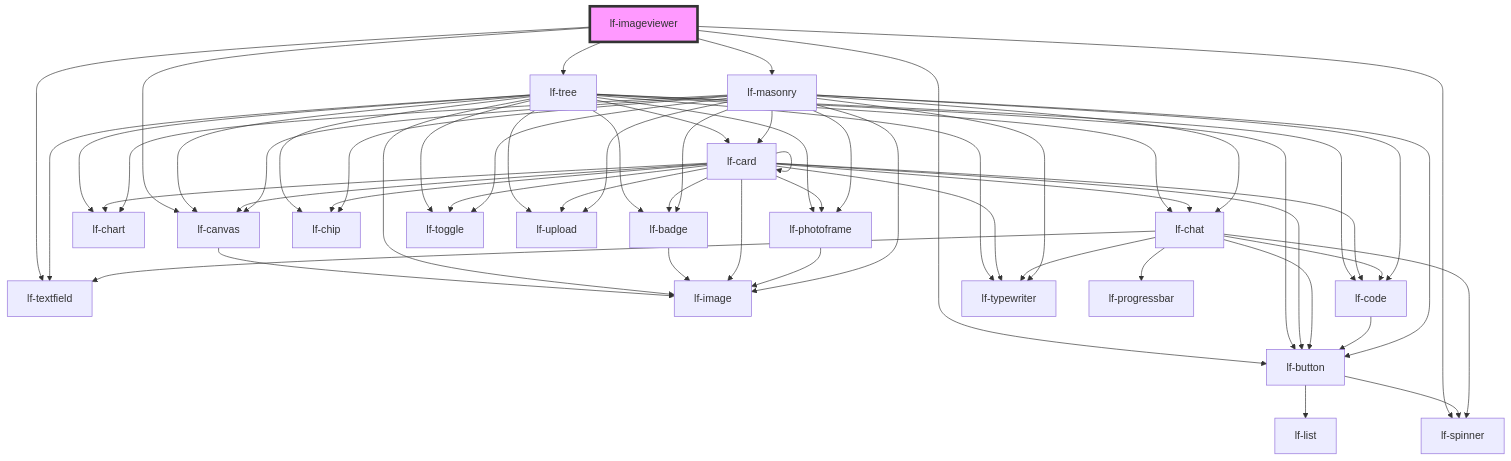
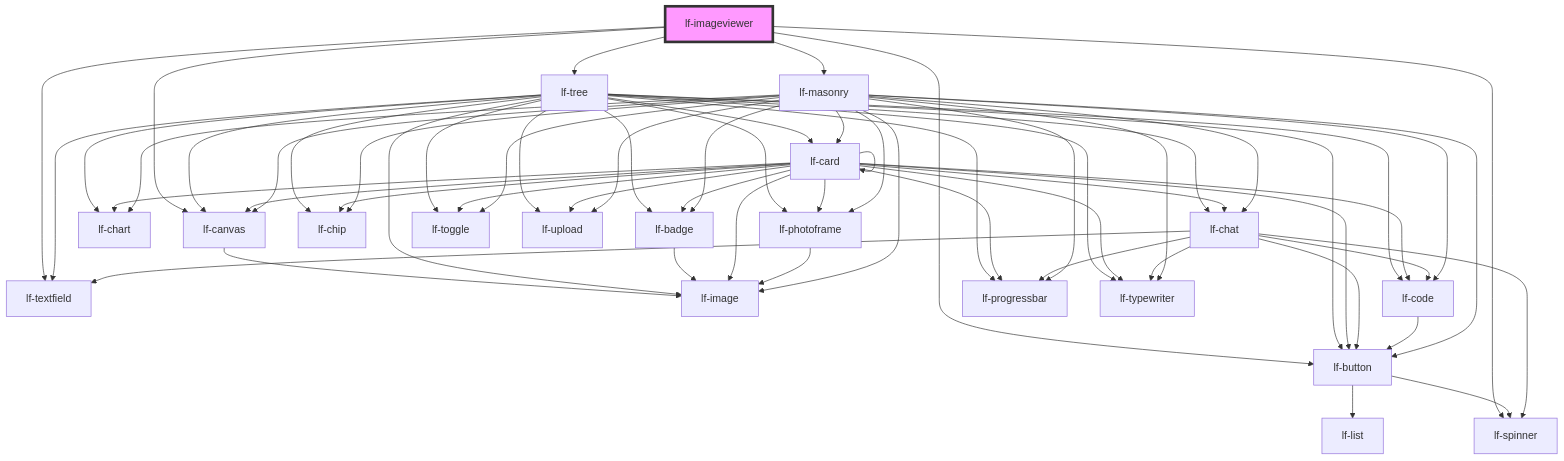
One commit to lucafoscili/lf-widgets changed the diagram in packages/core/src/components/lf-imageviewer/readme.md. Above: the diagram before and after it, drawn with Mermaid. The commit also changed 9 other files, not shown here.

````diff
--- a/packages/core/src/components/lf-imageviewer/readme.md
+++ b/packages/core/src/components/lf-imageviewer/readme.md
@@ -196,62 +196,65 @@
 ```mermaid
 graph TD;
   lf-imageviewer --> lf-canvas
   lf-imageviewer --> lf-button
   lf-imageviewer --> lf-spinner
   lf-imageviewer --> lf-tree
   lf-imageviewer --> lf-masonry
   lf-imageviewer --> lf-textfield
   lf-canvas --> lf-image
   lf-button --> lf-list
   lf-button --> lf-spinner
   lf-tree --> lf-textfield
   lf-tree --> lf-badge
   lf-tree --> lf-button
   lf-tree --> lf-canvas
   lf-tree --> lf-card
   lf-tree --> lf-chart
   lf-tree --> lf-chat
   lf-tree --> lf-chip
   lf-tree --> lf-code
   lf-tree --> lf-image
   lf-tree --> lf-photoframe
+  lf-tree --> lf-progressbar
   lf-tree --> lf-toggle
   lf-tree --> lf-typewriter
   lf-tree --> lf-upload
   lf-badge --> lf-image
   lf-card --> lf-badge
   lf-card --> lf-button
   lf-card --> lf-canvas
   lf-card --> lf-card
   lf-card --> lf-chart
   lf-card --> lf-chat
   lf-card --> lf-chip
   lf-card --> lf-code
   lf-card --> lf-image
   lf-card --> lf-photoframe
+  lf-card --> lf-progressbar
   lf-card --> lf-toggle
   lf-card --> lf-typewriter
   lf-card --> lf-upload
   lf-chat --> lf-spinner
   lf-chat --> lf-button
   lf-chat --> lf-typewriter
   lf-chat --> lf-progressbar
   lf-chat --> lf-textfield
   lf-chat --> lf-code
   lf-code --> lf-button
   lf-photoframe --> lf-image
   lf-masonry --> lf-badge
   lf-masonry --> lf-button
   lf-masonry --> lf-canvas
   lf-masonry --> lf-card
   lf-masonry --> lf-chart
   lf-masonry --> lf-chat
   lf-masonry --> lf-chip
   lf-masonry --> lf-code
   lf-masonry --> lf-image
   lf-masonry --> lf-photoframe
+  lf-masonry --> lf-progressbar
   lf-masonry --> lf-toggle
   lf-masonry --> lf-typewriter
   lf-masonry --> lf-upload
   style lf-imageviewer fill:#f9f,stroke:#333,stroke-width:4px
 ```
````
